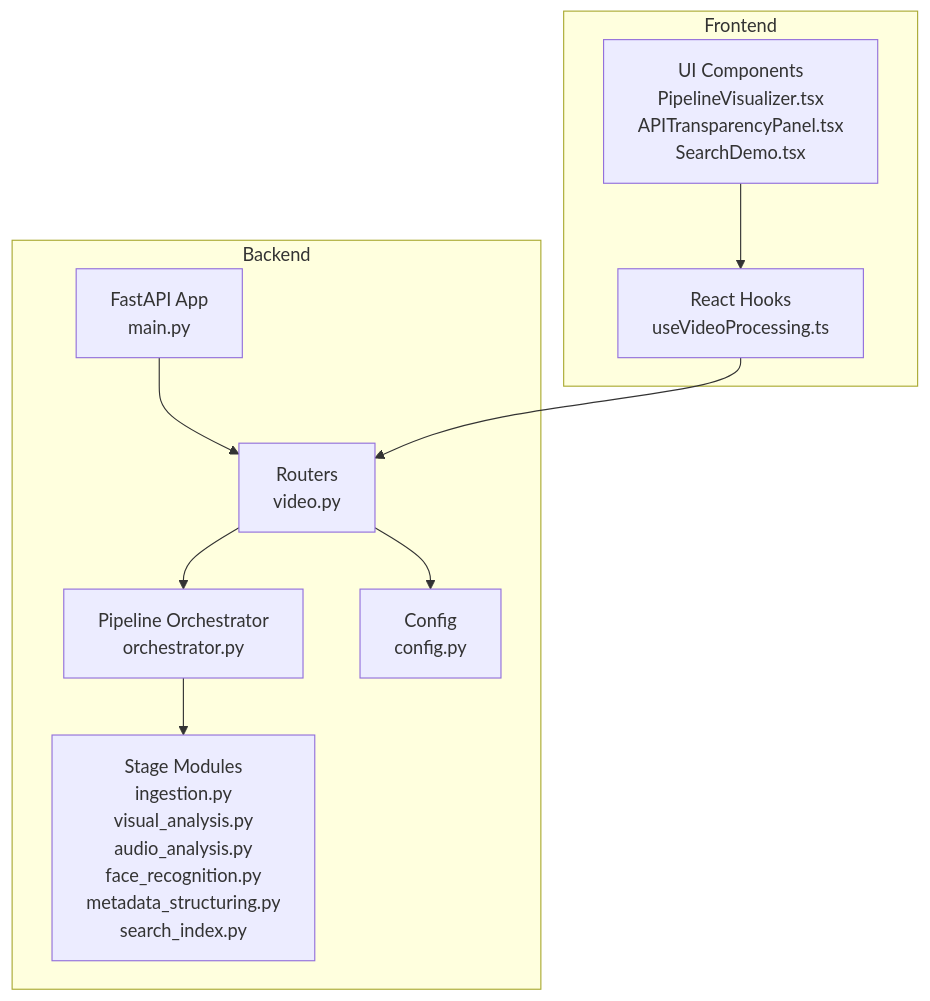
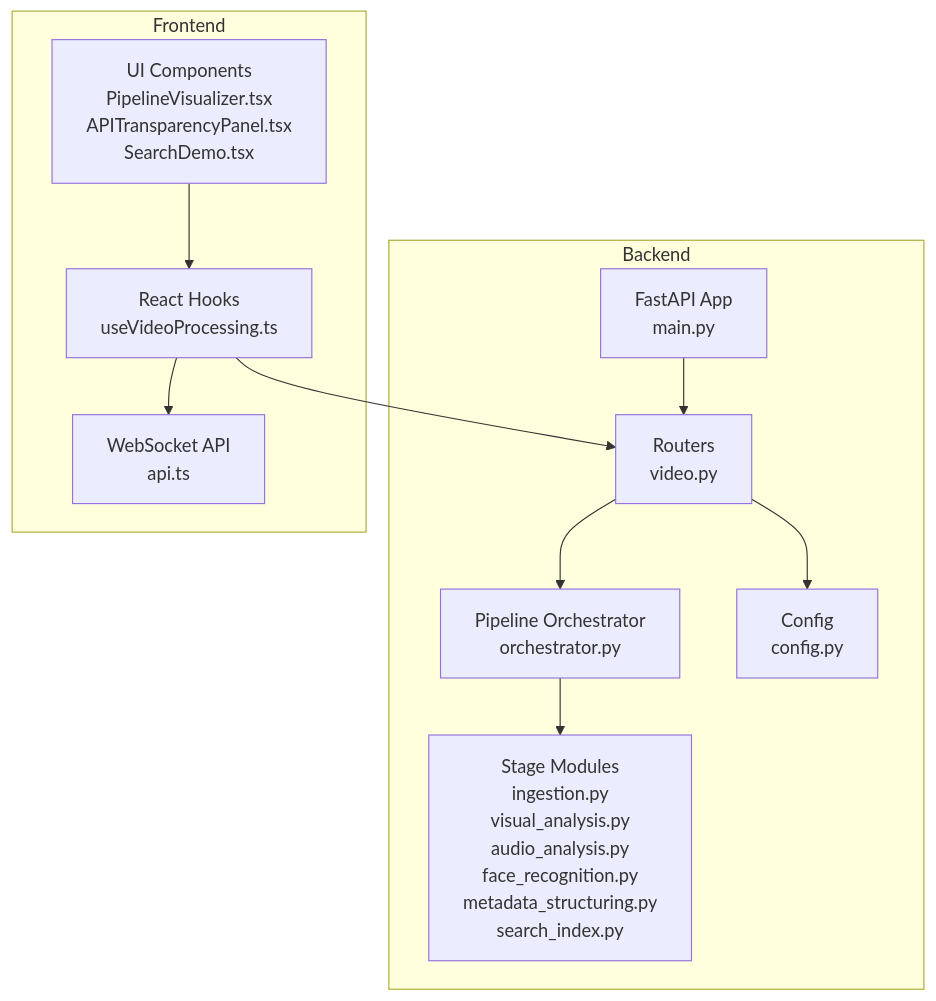
One commit to alexandreybasta-cyber/dubai-media-ai changed the first of 8 diagrams in .qoder/repowiki/en/content/Media Processing Pipeline/Pipeline Overview and Architecture.md. Above: the diagram before and after it, drawn with Mermaid. The commit also changed other lines of this file and 19 other files, not shown here.

````diff
--- a/.qoder/repowiki/en/content/Media Processing Pipeline/Pipeline Overview and Architecture.md
+++ b/.qoder/repowiki/en/content/Media Processing Pipeline/Pipeline Overview and Architecture.md
@@ -52,20 +55,22 @@
 ```mermaid
 graph TB
 subgraph "Backend"
 A["FastAPI App<br/>main.py"]
 B["Routers<br/>video.py"]
 C["Pipeline Orchestrator<br/>orchestrator.py"]
 D["Stage Modules<br/>ingestion.py<br/>visual_analysis.py<br/>audio_analysis.py<br/>face_recognition.py<br/>metadata_structuring.py<br/>search_index.py"]
 E["Config<br/>config.py"]
 end
 subgraph "Frontend"
 F["React Hooks<br/>useVideoProcessing.ts"]
 G["UI Components<br/>PipelineVisualizer.tsx<br/>APITransparencyPanel.tsx<br/>SearchDemo.tsx"]
+H["WebSocket API<br/>api.ts"]
 end
 A --> B
 B --> C
 C --> D
 B --> E
 F --> B
+F --> H
 G --> F
 ```
````
